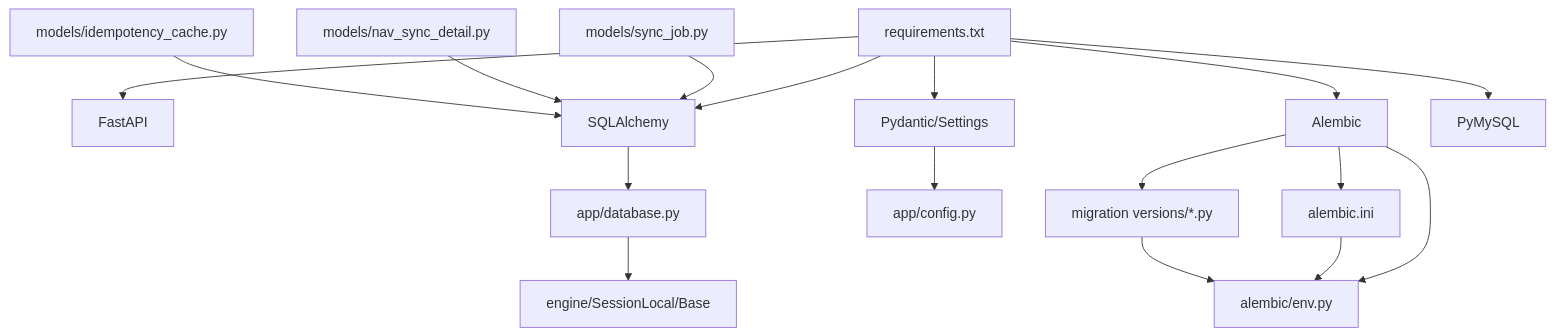
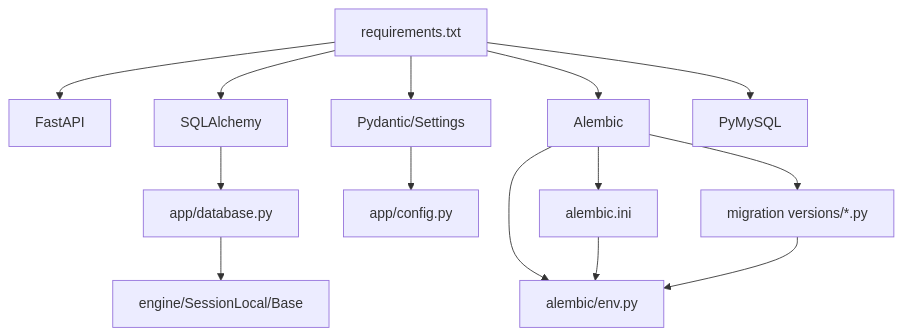
The fourth of 4 diagrams in .qoder/repowiki/zh/content/开发指南/部署指南/数据库部署.md (gujialind/InvestRing), drawn with Mermaid before and after one commit. The commit also changed other lines of this file and 65 other files, not shown here.

````diff
--- a/.qoder/repowiki/zh/content/开发指南/部署指南/数据库部署.md
+++ b/.qoder/repowiki/zh/content/开发指南/部署指南/数据库部署.md
@@ -443,19 +387,16 @@
 ```mermaid
 graph TB
 R["requirements.txt"] --> F["FastAPI"]
 R --> S["SQLAlchemy"]
 R --> P["Pydantic/Settings"]
 R --> A["Alembic"]
 R --> PM["PyMySQL"]
 S --> D["app/database.py"]
 P --> C["app/config.py"]
 D --> E["engine/SessionLocal/Base"]
-M["models/sync_job.py"] --> S
-N["models/nav_sync_detail.py"] --> S
-I["models/idempotency_cache.py"] --> S
 A --> AM["alembic.ini"]
 A --> AE["alembic/env.py"]
 A --> MV["migration versions/*.py"]
 AM --> AE
 MV --> AE
 ```
````
